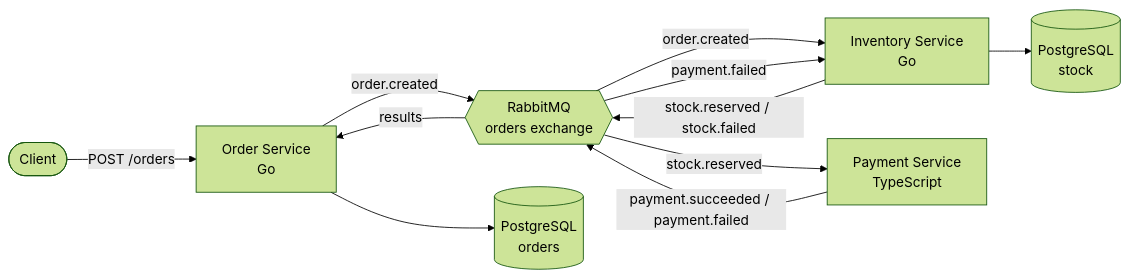
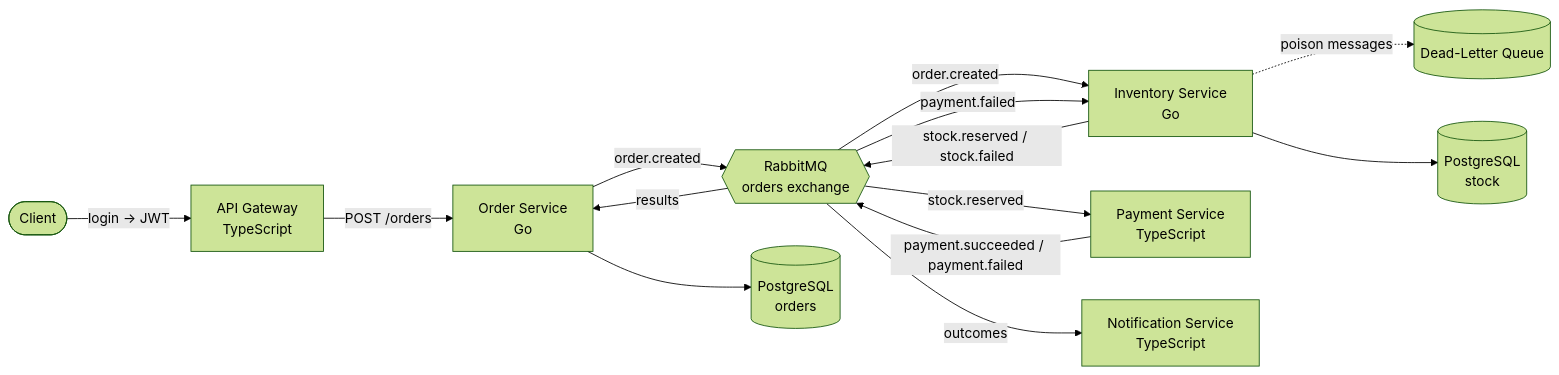
One commit to sadikavllaj55/event-driven-ecommerce changed the diagram in README.md. Above: the diagram before and after it, drawn with Mermaid (forest theme). The commit also changed other lines of this file, not shown here.

Commit message:
docs: update readme with api gateway, auth, notifications, and dlq

````diff
--- a/README.md
+++ b/README.md
@@ -17,15 +17,19 @@
 ```mermaid
 flowchart LR
-    Client([Client]) -->|POST /orders| Order[Order Service<br/>Go]
+    Client([Client]) -->|login → JWT| Gateway[API Gateway<br/>TypeScript]
+    Gateway -->|POST /orders| Order[Order Service<br/>Go]
 
     Order -->|order.created| RMQ{{RabbitMQ<br/>orders exchange}}
     RMQ -->|order.created| Inventory[Inventory Service<br/>Go]
     Inventory -->|stock.reserved / stock.failed| RMQ
     RMQ -->|stock.reserved| Payment[Payment Service<br/>TypeScript]
     Payment -->|payment.succeeded / payment.failed| RMQ
     RMQ -->|results| Order
     RMQ -->|payment.failed| Inventory
+    RMQ -->|outcomes| Notification[Notification Service<br/>TypeScript]
+
+    Inventory -.->|poison messages| DLQ[(Dead-Letter Queue)]
 
     Order --> DB1[(PostgreSQL<br/>orders)]
     Inventory --> DB2[(PostgreSQL<br/>stock)]
 ```
````
